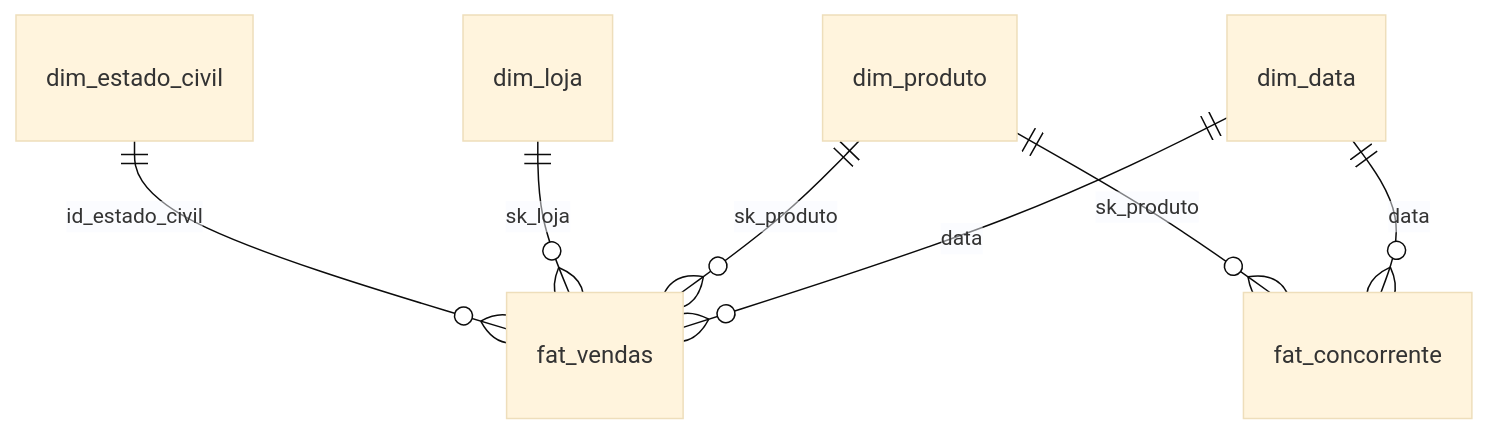
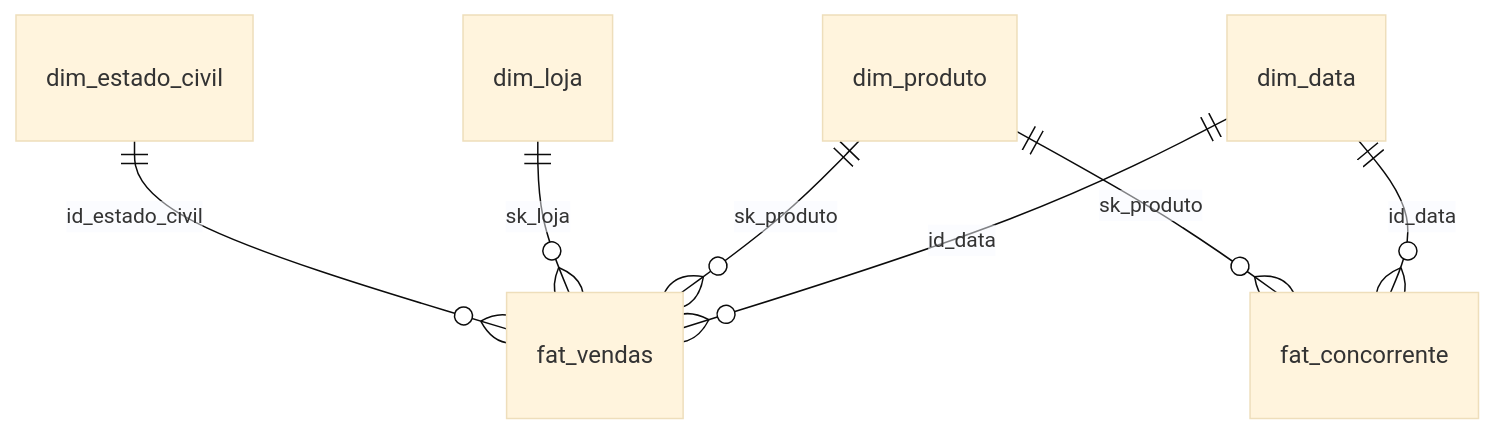
Before and after one commit to guissx/PetShop: the second of 2 diagrams in README.md, drawn with Mermaid (base theme). The commit also changed other lines of this file and 15 other files, not shown here.

First line of the commit message:
feat: migrate dim_data to quadrimestral grain and update related ETL processes

````diff
--- a/README.md
+++ b/README.md
@@ -144,9 +144,9 @@
 ```mermaid
 erDiagram
-    dim_data ||--o{ fat_vendas : data
+    dim_data ||--o{ fat_vendas : id_data
     dim_produto ||--o{ fat_vendas : sk_produto
     dim_loja ||--o{ fat_vendas : sk_loja
     dim_estado_civil ||--o{ fat_vendas : id_estado_civil
-    dim_data ||--o{ fat_concorrente : data
+    dim_data ||--o{ fat_concorrente : id_data
     dim_produto ||--o{ fat_concorrente : sk_produto
 ```
````
